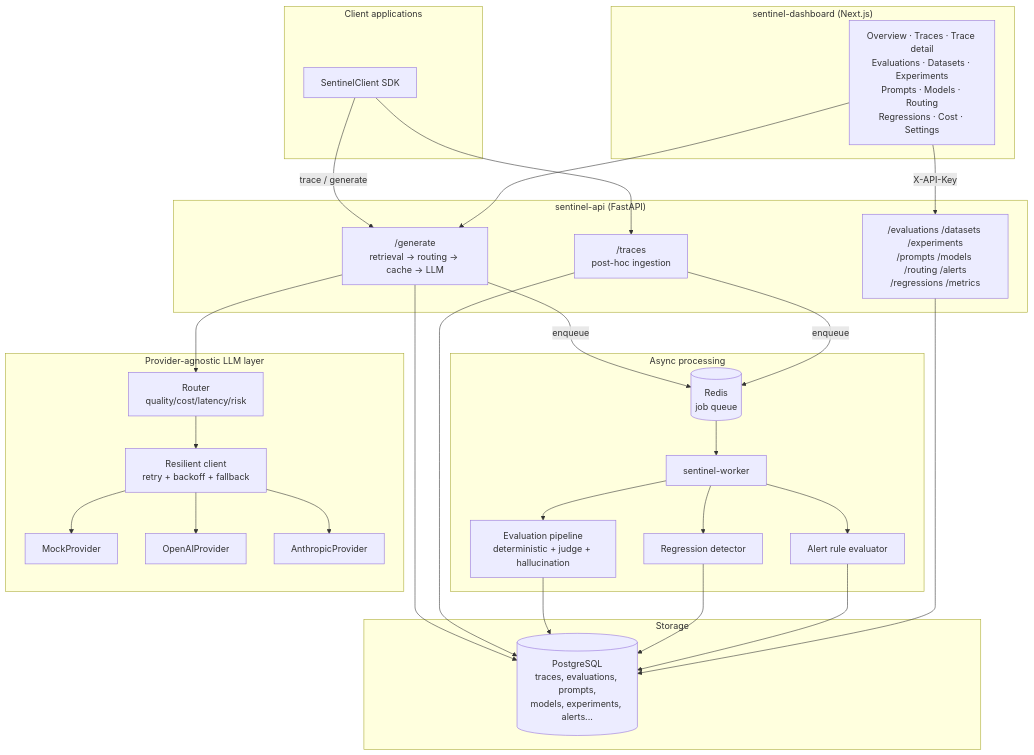
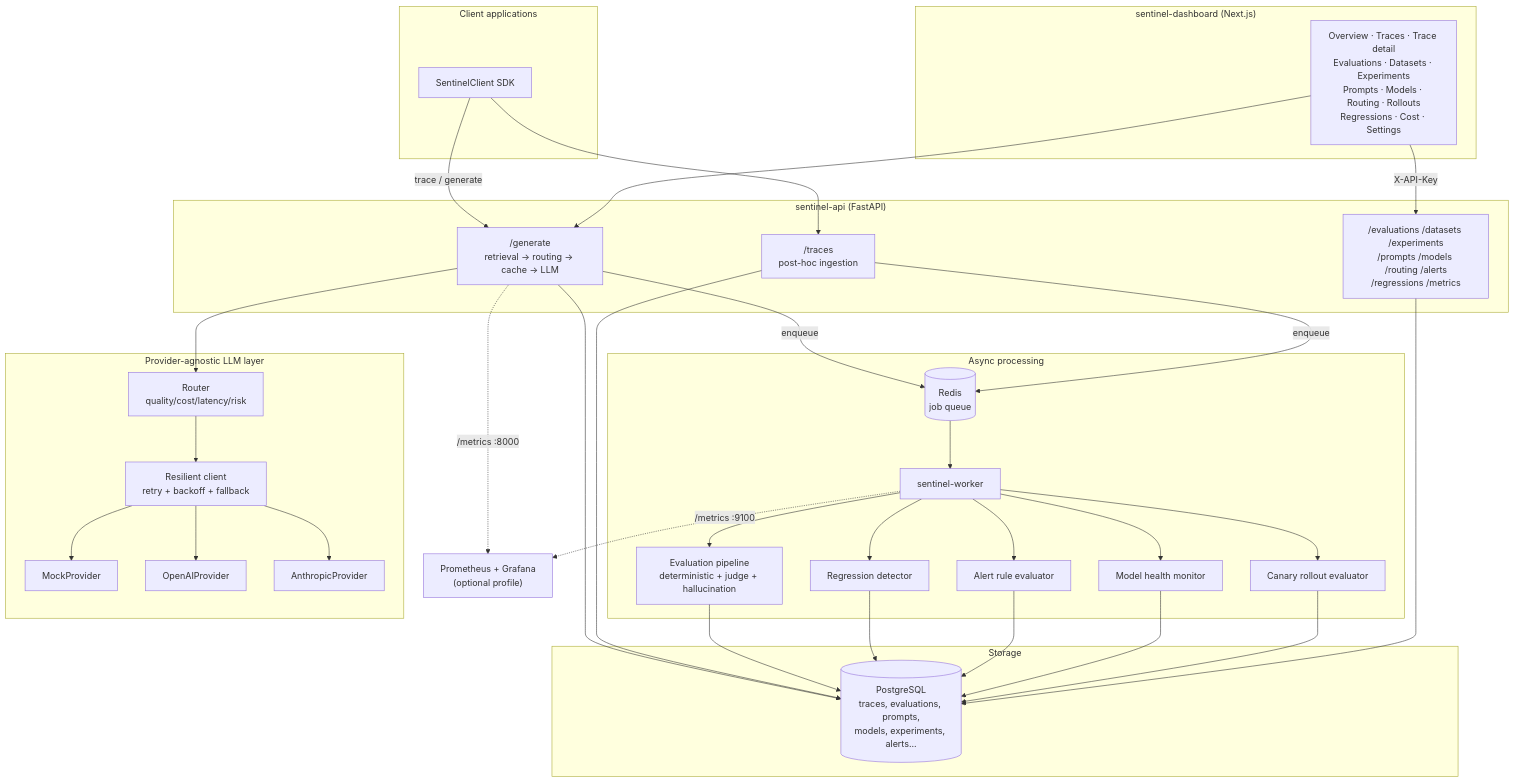
One commit to richsundev/sentinellm changed the diagram in README.md. Above: the diagram before and after it, drawn with Mermaid. The commit also changed other lines of this file and 39 other files, not shown here.

````diff
--- a/README.md
+++ b/README.md
@@ -75,50 +75,56 @@
 ```mermaid
 flowchart TB
     subgraph clients["Client applications"]
         SDK["SentinelClient SDK"]
     end
 
     subgraph api_layer["sentinel-api (FastAPI)"]
         GEN["/generate\nretrieval → routing → cache → LLM"]
         ING["/traces\npost-hoc ingestion"]
         READ["/evaluations /datasets /experiments\n/prompts /models /routing /alerts\n/regressions /metrics"]
     end
 
     subgraph async_layer["Async processing"]
         REDIS[("Redis\njob queue")]
         WORKER["sentinel-worker"]
         EVAL["Evaluation pipeline\ndeterministic + judge + hallucination"]
         REGR["Regression detector"]
         ALERT["Alert rule evaluator"]
+        HEALTH["Model health monitor"]
+        ROLL["Canary rollout evaluator"]
     end
 
     subgraph data["Storage"]
         PG[("PostgreSQL\ntraces, evaluations, prompts,\nmodels, experiments, alerts...")]
     end
 
     subgraph llm_layer["Provider-agnostic LLM layer"]
         ROUTER["Router\nquality/cost/latency/risk"]
         RESILIENT["Resilient client\nretry + backoff + fallback"]
         MOCK["MockProvider"]
         OPENAI["OpenAIProvider"]
         ANTHROPIC["AnthropicProvider"]
     end
 
     subgraph fe["sentinel-dashboard (Next.js)"]
-        DASH["Overview · Traces · Trace detail\nEvaluations · Datasets · Experiments\nPrompts · Models · Routing\nRegressions · Cost · Settings"]
+        DASH["Overview · Traces · Trace detail\nEvaluations · Datasets · Experiments\nPrompts · Models · Routing · Rollouts\nRegressions · Cost · Settings"]
     end
 
     SDK -->|"trace / generate"| GEN
     SDK --> ING
     GEN --> ROUTER --> RESILIENT --> MOCK & OPENAI & ANTHROPIC
     GEN --> PG
     ING --> PG
     GEN -->|"enqueue"| REDIS
     ING -->|"enqueue"| REDIS
     REDIS --> WORKER --> EVAL --> PG
     WORKER --> REGR --> PG
     WORKER --> ALERT --> PG
+    WORKER --> HEALTH --> PG
+    WORKER --> ROLL --> PG
+    WORKER -.->|"/metrics :9100"| PROM["Prometheus + Grafana\n(optional profile)"]
+    GEN -.->|"/metrics :8000"| PROM
     READ --> PG
     DASH -->|"X-API-Key"| READ
     DASH --> GEN
 ```
````
